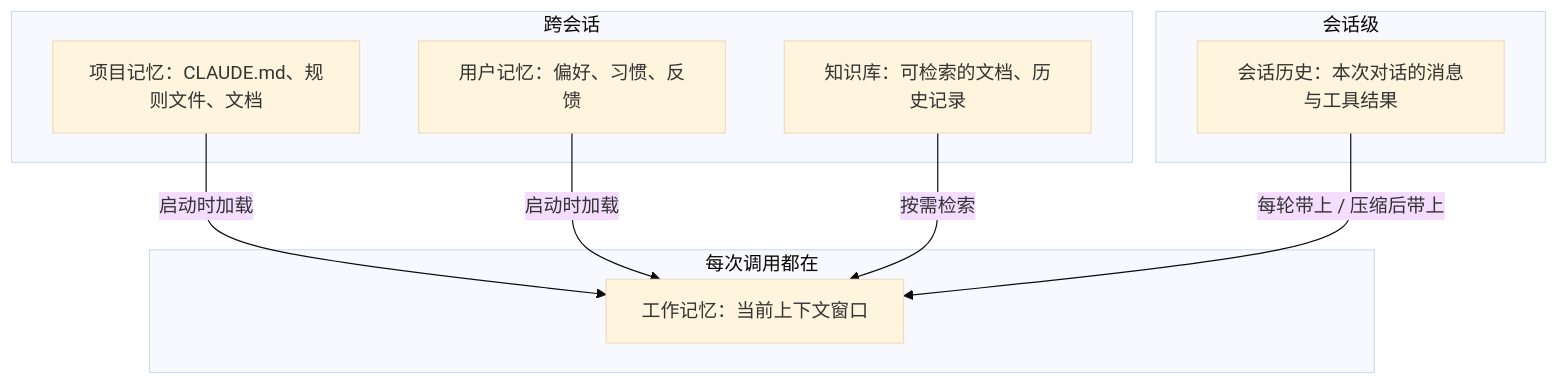
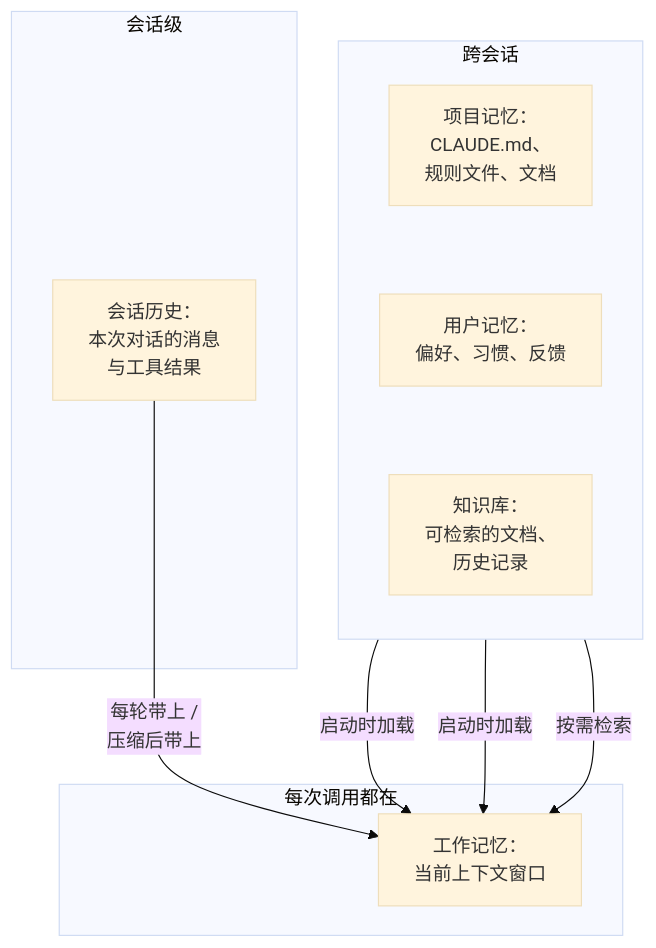
Before and after one commit to jarvis-pro/hatch-shelf: the diagram in books/agent-principles/05-memory.md, drawn with Mermaid (base theme). The commit also changed 432 other files, not shown here.

````diff
--- a/books/agent-principles/05-memory.md
+++ b/books/agent-principles/05-memory.md
@@ -11,18 +11,17 @@
 ```mermaid
 flowchart TB
-  subgraph 每次调用都在
-    W["工作记忆：当前上下文窗口"]
+  subgraph 跨会话
+    direction TB
+    P["项目记忆：<br/>CLAUDE.md、<br/>规则文件、文档"] ~~~ U["用户记忆：<br/>偏好、习惯、反馈"] ~~~ K["知识库：<br/>可检索的文档、<br/>历史记录"]
   end
   subgraph 会话级
-    S["会话历史：本次对话的消息与工具结果"]
+    S["会话历史：<br/>本次对话的消息<br/>与工具结果"]
   end
-  subgraph 跨会话
-    P["项目记忆：CLAUDE.md、规则文件、文档"]
-    U["用户记忆：偏好、习惯、反馈"]
-    K["知识库：可检索的文档、历史记录"]
+  subgraph 每次调用都在
+    W["工作记忆：<br/>当前上下文窗口"]
   end
   P -->|"启动时加载"| W
   U -->|"启动时加载"| W
   K -->|"按需检索"| W
-  S -->|"每轮带上 / 压缩后带上"| W
+  S -->|"每轮带上 /<br/>压缩后带上"| W
 ```
````
